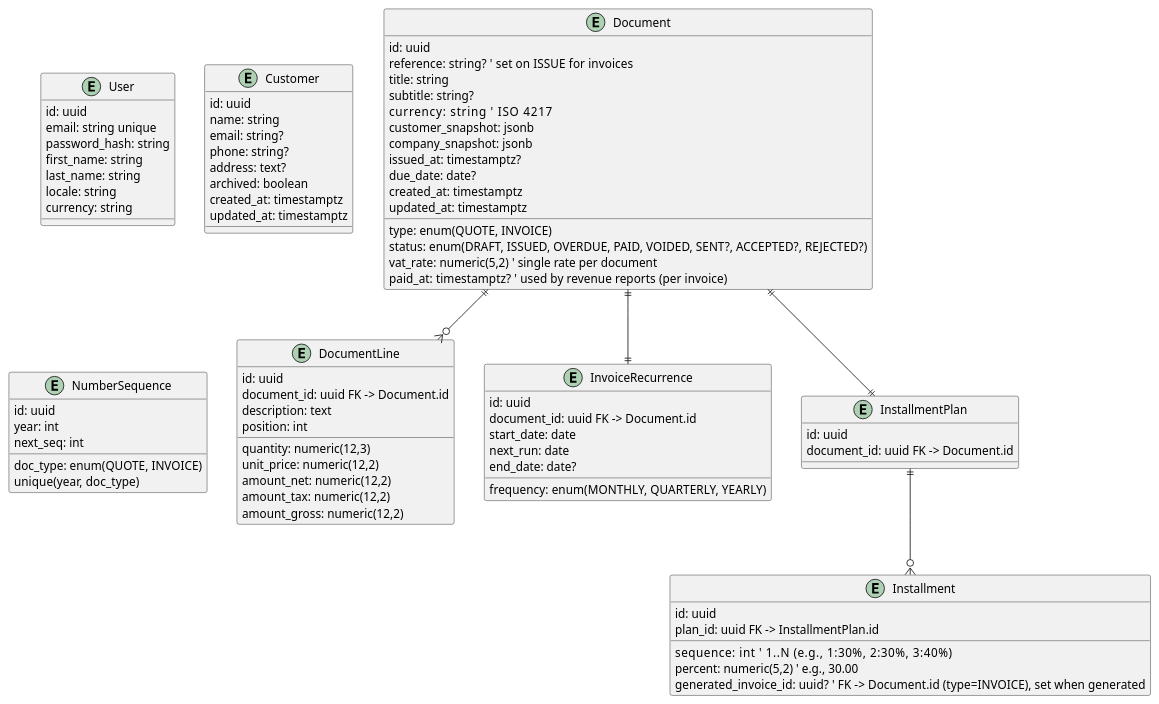
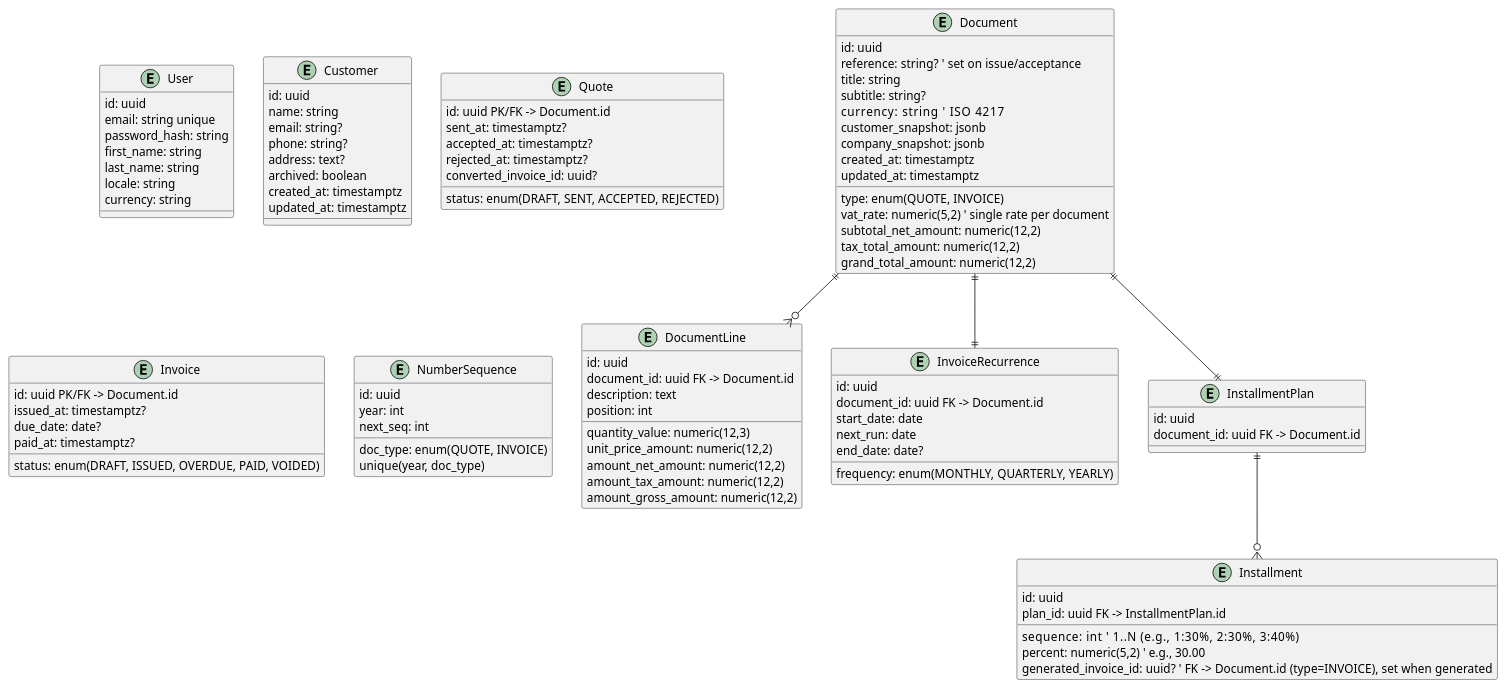
Before and after one commit to treztreiz/invoicer: the second of 2 diagrams in spec.md, drawn with PlantUML. The commit also changed other lines of this file and 3 other files, not shown here.

```diff
--- a/spec.md
+++ b/spec.md
@@ -165,30 +165,46 @@
 entity Document {
   id: uuid
   type: enum(QUOTE, INVOICE)
-  status: enum(DRAFT, ISSUED, OVERDUE, PAID, VOIDED, SENT?, ACCEPTED?, REJECTED?)
-  reference: string?  ' set on ISSUE for invoices
+  reference: string?  ' set on issue/acceptance
   title: string
   subtitle: string?
   currency: string       ' ISO 4217
   vat_rate: numeric(5,2) ' single rate per document
   customer_snapshot: jsonb
   company_snapshot: jsonb
+  subtotal_net_amount: numeric(12,2)
+  tax_total_amount: numeric(12,2)
+  grand_total_amount: numeric(12,2)
+  created_at: timestamptz
+  updated_at: timestamptz
+}
+
+entity Quote {
+  id: uuid PK/FK -> Document.id
+  status: enum(DRAFT, SENT, ACCEPTED, REJECTED)
+  sent_at: timestamptz?
+  accepted_at: timestamptz?
+  rejected_at: timestamptz?
+  converted_invoice_id: uuid?
+}
+
+entity Invoice {
+  id: uuid PK/FK -> Document.id
+  status: enum(DRAFT, ISSUED, OVERDUE, PAID, VOIDED)
   issued_at: timestamptz?
   due_date: date?
-  paid_at: timestamptz?  ' used by revenue reports (per invoice)
-  created_at: timestamptz
-  updated_at: timestamptz
+  paid_at: timestamptz?
 }
 
 entity DocumentLine {
   id: uuid
   document_id: uuid FK -> Document.id
   description: text
-  quantity: numeric(12,3)
-  unit_price: numeric(12,2)
-  amount_net: numeric(12,2)
-  amount_tax: numeric(12,2)
-  amount_gross: numeric(12,2)
+  quantity_value: numeric(12,3)
+  unit_price_amount: numeric(12,2)
+  amount_net_amount: numeric(12,2)
+  amount_tax_amount: numeric(12,2)
+  amount_gross_amount: numeric(12,2)
   position: int
 }
 
```
